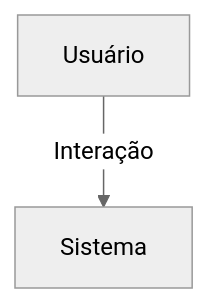
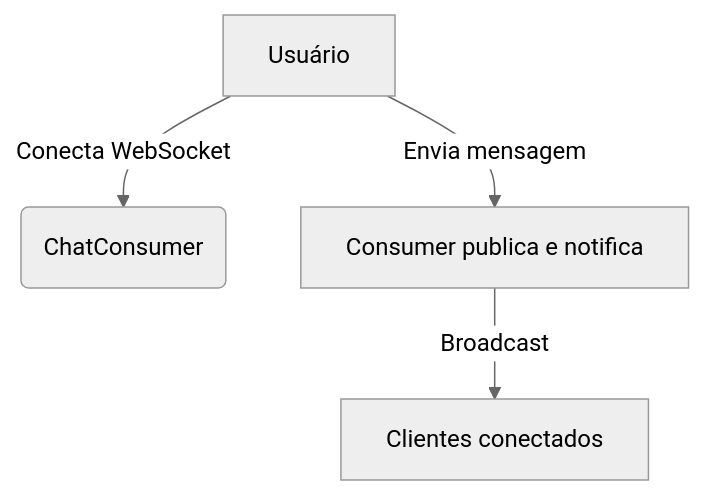
One commit to adrianosoaresx/ProjetoHubx changed the diagram in .requisitos/chat/REQ-CHAT-001.md. Above: the diagram before and after it, drawn with Mermaid (neutral theme). The commit also changed other lines of this file and 5 other files, not shown here.

````diff
--- a/.requisitos/chat/REQ-CHAT-001.md
+++ b/.requisitos/chat/REQ-CHAT-001.md
@@ -30,4 +69,6 @@
 ```mermaid
 flowchart TD
-    U[Usuário] -->|Interação| S[Sistema]
+    U[Usuário] -->|Conecta WebSocket| S(ChatConsumer)
+    U -->|Envia mensagem| M[Consumer publica e notifica]
+    M -->|Broadcast| C[Clientes conectados]
 ```
````
